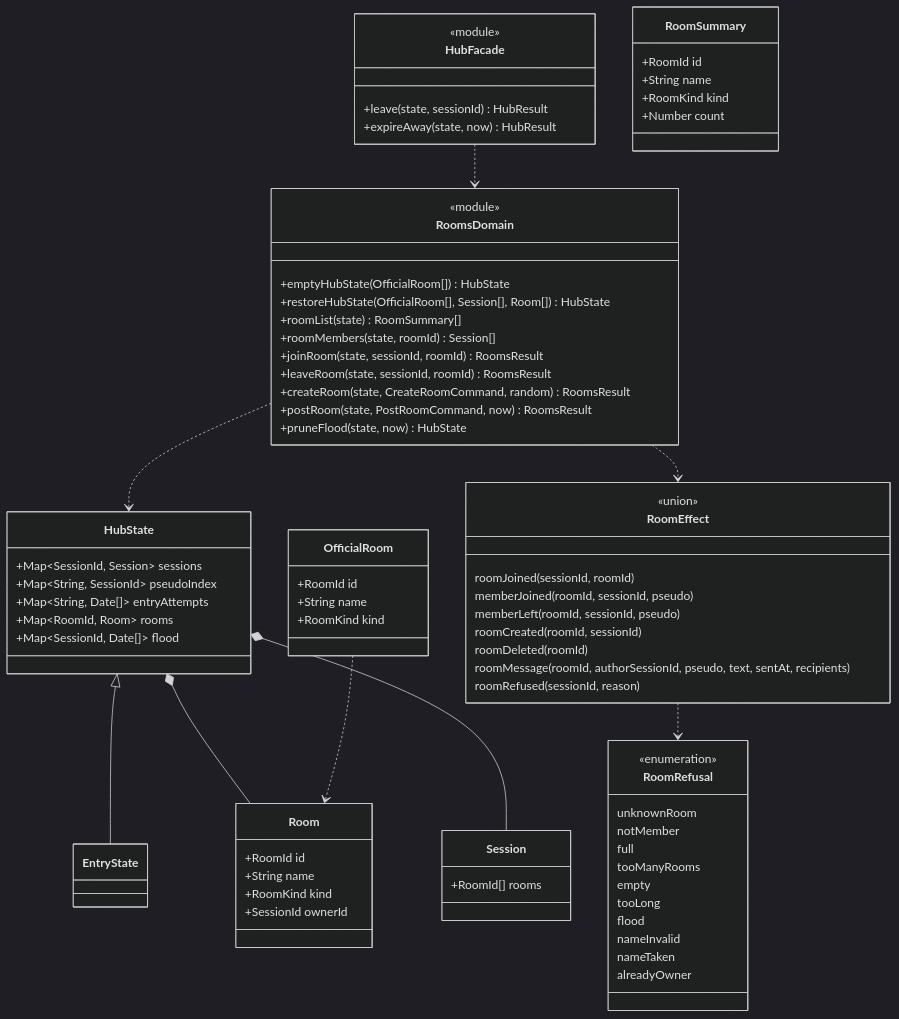
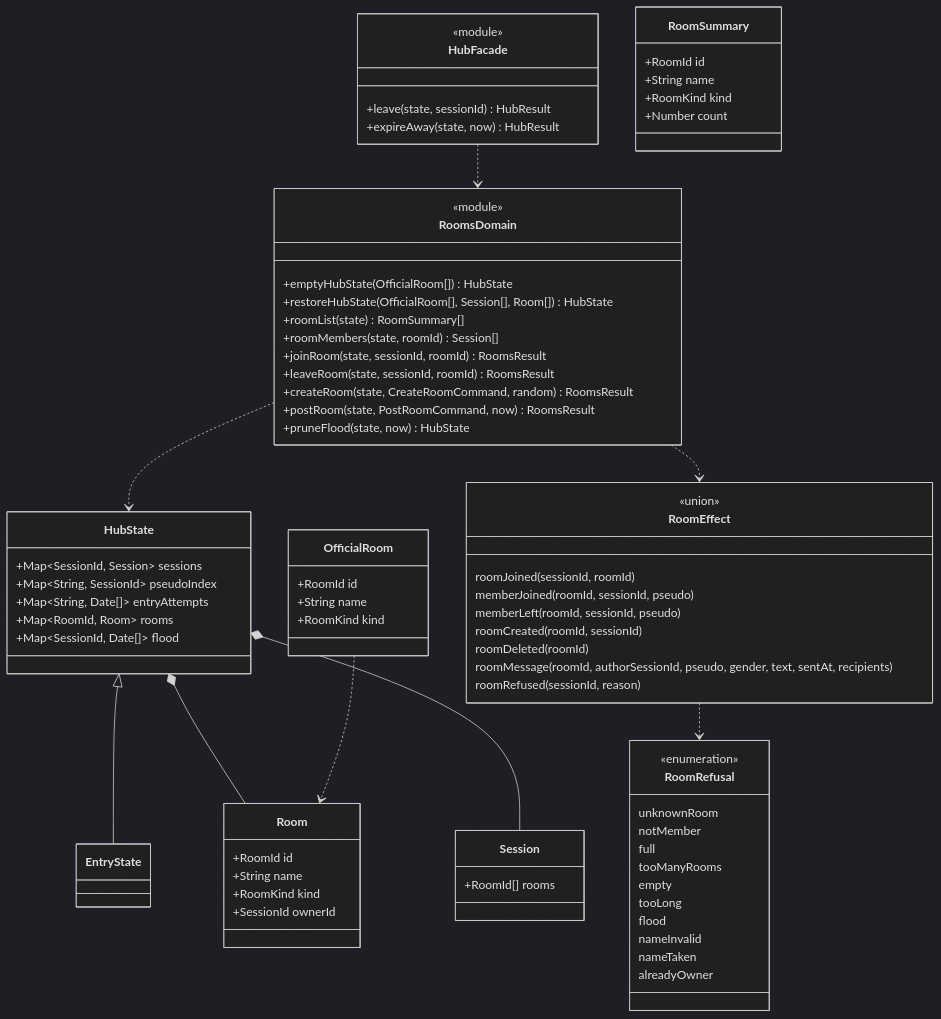
The diagram in docs/architecture/diagrams/rooms/07-class-domain-api.md (benoit-bremaud/asv), drawn with Mermaid (dark theme) before and after one commit. The commit also changed other lines of this file and 55 other files, not shown here.

````diff
--- a/docs/architecture/diagrams/rooms/07-class-domain-api.md
+++ b/docs/architecture/diagrams/rooms/07-class-domain-api.md
@@ -16,78 +16,78 @@
 ```mermaid
 classDiagram
   class RoomsDomain {
     <<module>>
     +emptyHubState(OfficialRoom[]) HubState
     +restoreHubState(OfficialRoom[], Session[], Room[]) HubState
     +roomList(state) RoomSummary[]
     +roomMembers(state, roomId) Session[]
     +joinRoom(state, sessionId, roomId) RoomsResult
     +leaveRoom(state, sessionId, roomId) RoomsResult
     +createRoom(state, CreateRoomCommand, random) RoomsResult
     +postRoom(state, PostRoomCommand, now) RoomsResult
     +pruneFlood(state, now) HubState
   }
   class HubFacade {
     <<module>>
     +leave(state, sessionId) HubResult
     +expireAway(state, now) HubResult
   }
   class HubState {
     +Map~SessionId, Session~ sessions
     +Map~String, SessionId~ pseudoIndex
     +Map~String, Date[]~ entryAttempts
     +Map~RoomId, Room~ rooms
     +Map~SessionId, Date[]~ flood
   }
   class Session {
     +RoomId[] rooms
   }
   class Room {
     +RoomId id
     +String name
     +RoomKind kind
     +SessionId ownerId
   }
   class OfficialRoom {
     +RoomId id
     +String name
     +RoomKind kind
   }
   class RoomSummary {
     +RoomId id
     +String name
     +RoomKind kind
     +Number count
   }
   class RoomEffect {
     <<union>>
     roomJoined(sessionId, roomId)
     memberJoined(roomId, sessionId, pseudo)
     memberLeft(roomId, sessionId, pseudo)
     roomCreated(roomId, sessionId)
     roomDeleted(roomId)
-    roomMessage(roomId, authorSessionId, pseudo, text, sentAt, recipients)
+    roomMessage(roomId, authorSessionId, pseudo, gender, text, sentAt, recipients)
     roomRefused(sessionId, reason)
   }
   class RoomRefusal {
     <<enumeration>>
     unknownRoom
     notMember
     full
     tooManyRooms
     empty
     tooLong
     flood
     nameInvalid
     nameTaken
     alreadyOwner
   }
   HubState <|-- EntryState
   HubState *-- Room
   HubState *-- Session
   RoomsDomain ..> HubState
   RoomsDomain ..> RoomEffect
   HubFacade ..> RoomsDomain
   RoomEffect ..> RoomRefusal
   OfficialRoom ..> Room
 ```
````
